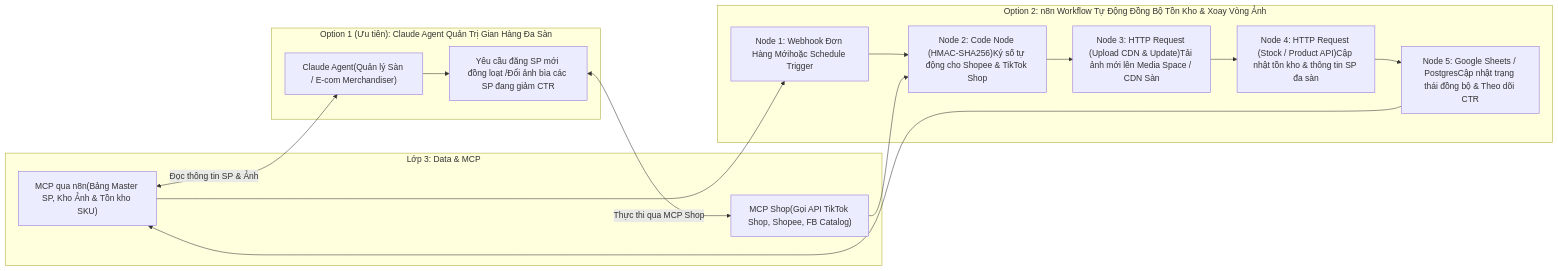
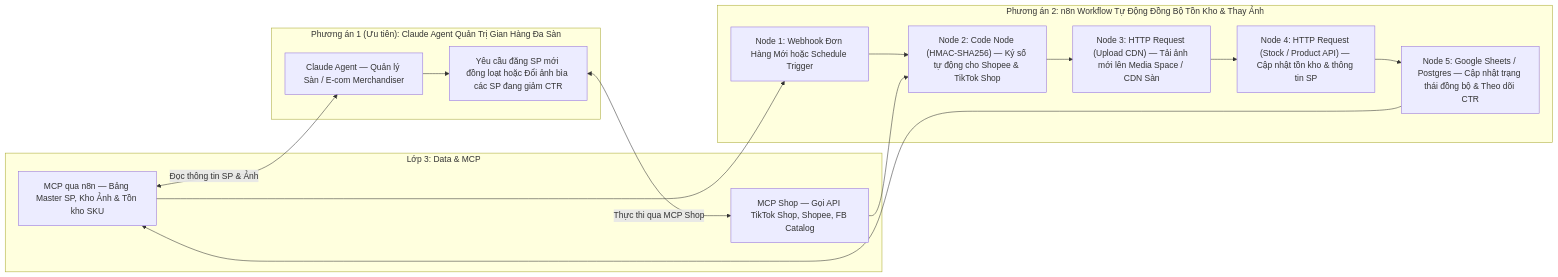
Before and after one commit to hattorimkk/api-docs: diagram 12 of 17 in SYSTEM_ARCHITECTURE.md, drawn with Mermaid. The commit also changed other lines of this file, not shown here.

````diff
--- a/SYSTEM_ARCHITECTURE.md
+++ b/SYSTEM_ARCHITECTURE.md
@@ -707,29 +898,29 @@
 ```mermaid
 flowchart LR
-    subgraph L3_SHOP["Lớp 3: Data & MCP"]
-        S_DATA["MCP qua n8n(Bảng Master SP, Kho Ảnh & Tồn kho SKU)"]
-        S_MCP["MCP Shop(Gọi API TikTok Shop, Shopee, FB Catalog)"]
+    subgraph L3_3C["Lớp 3: Data & MCP"]
+        S_DATA["MCP qua n8n — Bảng Master SP, Kho Ảnh & Tồn kho SKU"]
+        S_MCP["MCP Shop — Gọi API TikTok Shop, Shopee, FB Catalog"]
     end
 
-    subgraph OPT1_SHOP["Option 1 (Ưu tiên): Claude Agent Quản Trị Gian Hàng Đa Sàn"]
-        CLAUDE_S["Claude Agent(Quản lý Sàn / E-com Merchandiser)"]
-        ACT_S["Yêu cầu đăng SP mới đồng loạt /Đổi ảnh bìa các SP đang giảm CTR"]
-        CLAUDE_S --> ACT_S
+    subgraph OPT1_3C["Phương án 1 (Ưu tiên): Claude Agent Quản Trị Gian Hàng Đa Sàn"]
+        CLAUDE_3C["Claude Agent — Quản lý Sàn / E-com Merchandiser"]
+        ACT_3C["Yêu cầu đăng SP mới đồng loạt hoặc Đổi ảnh bìa các SP đang giảm CTR"]
+        CLAUDE_3C --> ACT_3C
     end
 
-    subgraph OPT2_SHOP["Option 2: n8n Workflow Tự Động Đồng Bộ Tồn Kho & Xoay Vòng Ảnh"]
-        NS1["Node 1: Webhook Đơn Hàng Mớihoặc Schedule Trigger"]
-        NS2["Node 2: Code Node (HMAC-SHA256)Ký số tự động cho Shopee & TikTok Shop"]
-        NS3["Node 3: HTTP Request (Upload CDN & Update)Tải ảnh mới lên Media Space / CDN Sàn"]
-        NS4["Node 4: HTTP Request (Stock / Product API)Cập nhật tồn kho & thông tin SP đa sàn"]
-        NS5["Node 5: Google Sheets / PostgresCập nhật trạng thái đồng bộ & Theo dõi CTR"]
-        NS1 --> NS2 --> NS3 --> NS4 --> NS5
+    subgraph OPT2_3C["Phương án 2: n8n Workflow Tự Động Đồng Bộ Tồn Kho & Thay Ảnh"]
+        NS_1["Node 1: Webhook Đơn Hàng Mới hoặc Schedule Trigger"]
+        NS_2["Node 2: Code Node (HMAC-SHA256) — Ký số tự động cho Shopee & TikTok Shop"]
+        NS_3["Node 3: HTTP Request (Upload CDN) — Tải ảnh mới lên Media Space / CDN Sàn"]
+        NS_4["Node 4: HTTP Request (Stock / Product API) — Cập nhật tồn kho & thông tin SP"]
+        NS_5["Node 5: Google Sheets / Postgres — Cập nhật trạng thái đồng bộ & Theo dõi CTR"]
+        NS_1 --> NS_2 --> NS_3 --> NS_4 --> NS_5
     end
 
-    S_DATA <-->|"Đọc thông tin SP & Ảnh"| CLAUDE_S
-    ACT_S <-->|"Thực thi qua MCP Shop"| S_MCP
+    S_DATA <-->|"Đọc thông tin SP & Ảnh"| CLAUDE_3C
+    ACT_3C <-->|"Thực thi qua MCP Shop"| S_MCP
 
-    S_DATA --> NS1
-    S_MCP --> NS2
-    NS5 --> S_DATA
+    S_DATA --> NS_1
+    S_MCP --> NS_2
+    NS_5 --> S_DATA
 ```
````
